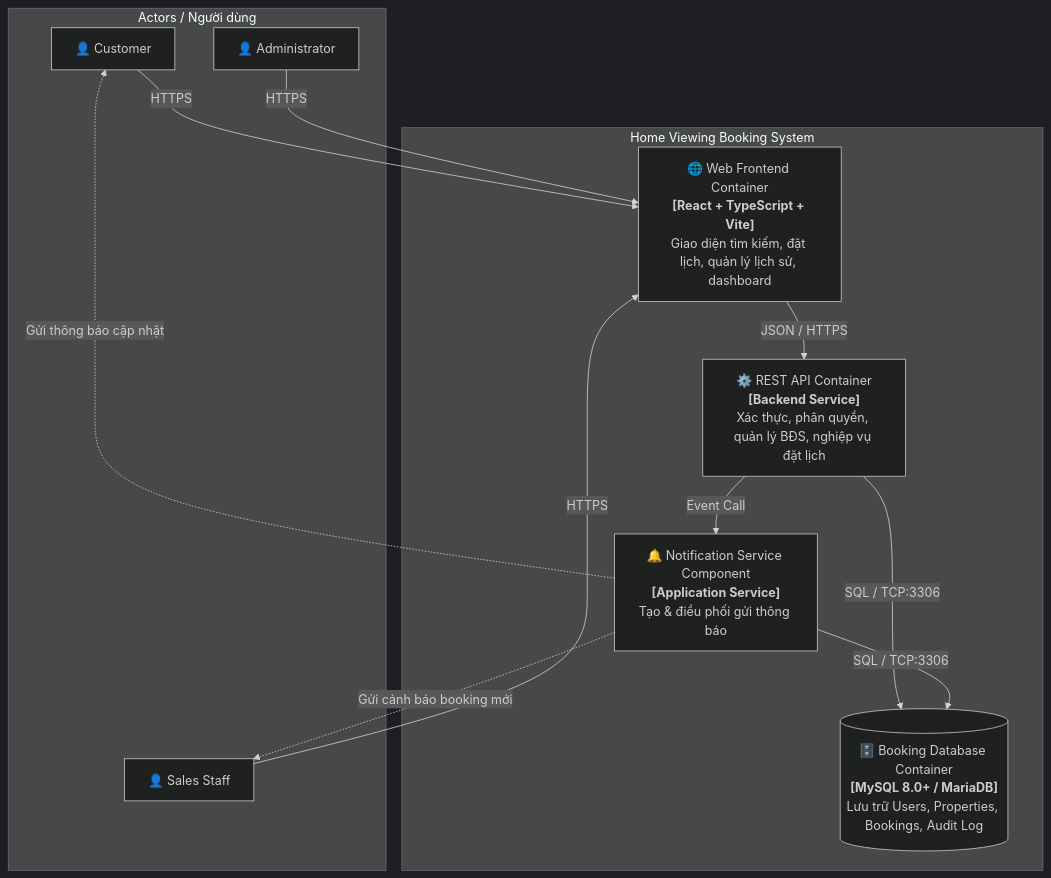
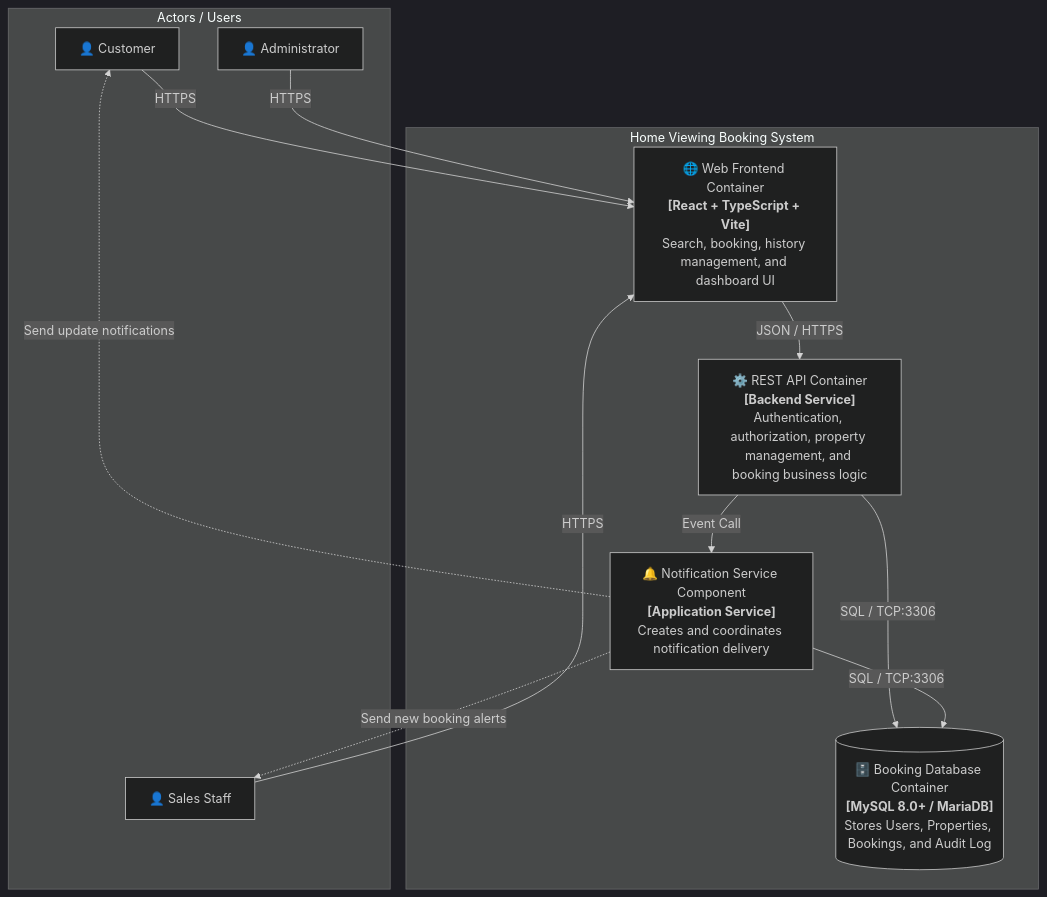
One commit to Datthachban12345/day1_tts changed the third of 7 diagrams in docs/architecture-arc42.md. Above: the diagram before and after it, drawn with Mermaid (dark theme). The commit also changed other lines of this file and 1 other file, not shown here.

````diff
--- a/docs/architecture-arc42.md
+++ b/docs/architecture-arc42.md
@@ -128,26 +128,26 @@
 ```mermaid
 flowchart TB
-    subgraph Users ["Actors / Người dùng"]
+    subgraph Users ["Actors / Users"]
         Customer["👤 Customer"]
         Sales["👤 Sales Staff"]
         Admin["👤 Administrator"]
     end
 
     subgraph SystemBoundary ["Home Viewing Booking System"]
-        Frontend["🌐 Web Frontend Container<br/><b>[React + TypeScript + Vite]</b><br/>Giao diện tìm kiếm, đặt lịch, quản lý lịch sử, dashboard"]
-        API["⚙️ REST API Container<br/><b>[Backend Service]</b><br/>Xác thực, phân quyền, quản lý BĐS, nghiệp vụ đặt lịch"]
-        Database[("🗄️ Booking Database Container<br/><b>[MySQL 8.0+ / MariaDB]</b><br/>Lưu trữ Users, Properties, Bookings, Audit Log")]
-        Notification["🔔 Notification Service Component<br/><b>[Application Service]</b><br/>Tạo & điều phối gửi thông báo"]
+        Frontend["🌐 Web Frontend Container<br/><b>[React + TypeScript + Vite]</b><br/>Search, booking, history management, and dashboard UI"]
+        API["⚙️ REST API Container<br/><b>[Backend Service]</b><br/>Authentication, authorization, property management, and booking business logic"]
+        Database[("🗄️ Booking Database Container<br/><b>[MySQL 8.0+ / MariaDB]</b><br/>Stores Users, Properties, Bookings, and Audit Log")]
+        Notification["🔔 Notification Service Component<br/><b>[Application Service]</b><br/>Creates and coordinates notification delivery"]
     end
 
     Customer -->|"HTTPS"| Frontend
     Sales -->|"HTTPS"| Frontend
     Admin -->|"HTTPS"| Frontend
 
     Frontend -->|"JSON / HTTPS"| API
     API -->|"SQL / TCP:3306"| Database
     API -->|"Event Call"| Notification
     Notification -->|"SQL / TCP:3306"| Database
-    Notification -.->|"Gửi thông báo cập nhật"| Customer
-    Notification -.->|"Gửi cảnh báo booking mới"| Sales
+    Notification -.->|"Send update notifications"| Customer
+    Notification -.->|"Send new booking alerts"| Sales
 ```
````
